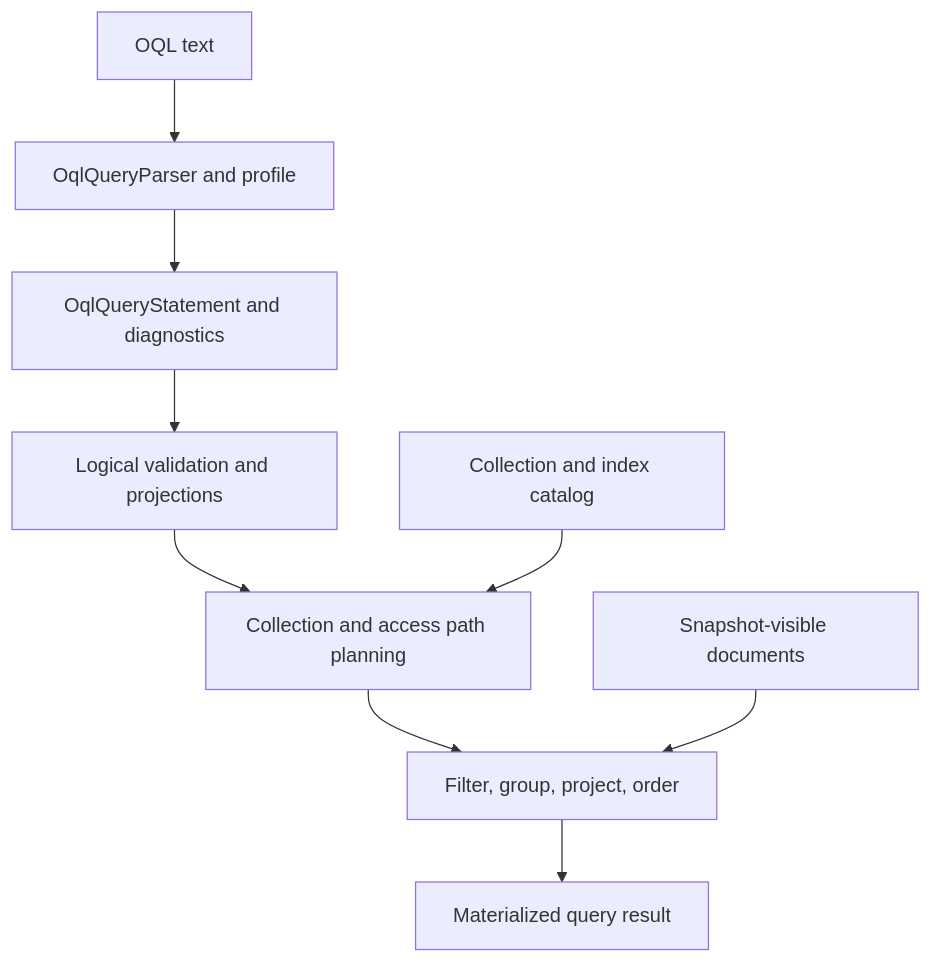
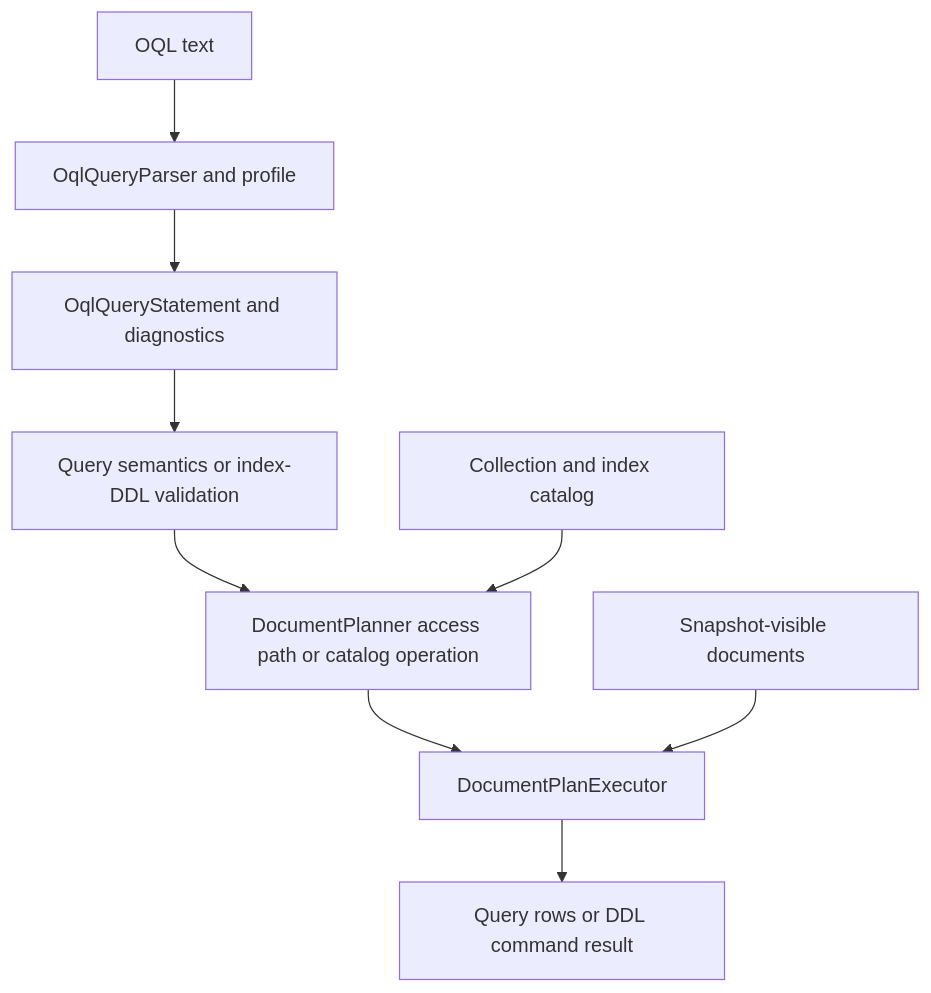
Before and after one commit to assimalign/cohesion: the diagram in resources/Database/Assimalign.Cohesion.Database.Documents/docs/DESIGN.md, drawn with Mermaid. The commit also changed other lines of this file and 32 other files, not shown here.

````diff
--- a/resources/Database/Assimalign.Cohesion.Database.Documents/docs/DESIGN.md
+++ b/resources/Database/Assimalign.Cohesion.Database.Documents/docs/DESIGN.md
@@ -14,11 +15,11 @@
 ```mermaid
 flowchart TD
     Text["OQL text"] --> Parse["OqlQueryParser and profile"]
     Parse --> Ast["OqlQueryStatement and diagnostics"]
-    Ast --> Logical["Logical validation and projections"]
-    Logical --> Physical["Collection and access path planning"]
+    Ast --> Logical["Query semantics or index-DDL validation"]
+    Logical --> Physical["DocumentPlanner access path or catalog operation"]
     Catalog["Collection and index catalog"] --> Physical
-    Physical --> Execute["Filter, group, project, order"]
+    Physical --> Execute["DocumentPlanExecutor"]
     Data["Snapshot-visible documents"] --> Execute
-    Execute --> Result["Materialized query result"]
+    Execute --> Result["Query rows or DDL command result"]
 ```
````
